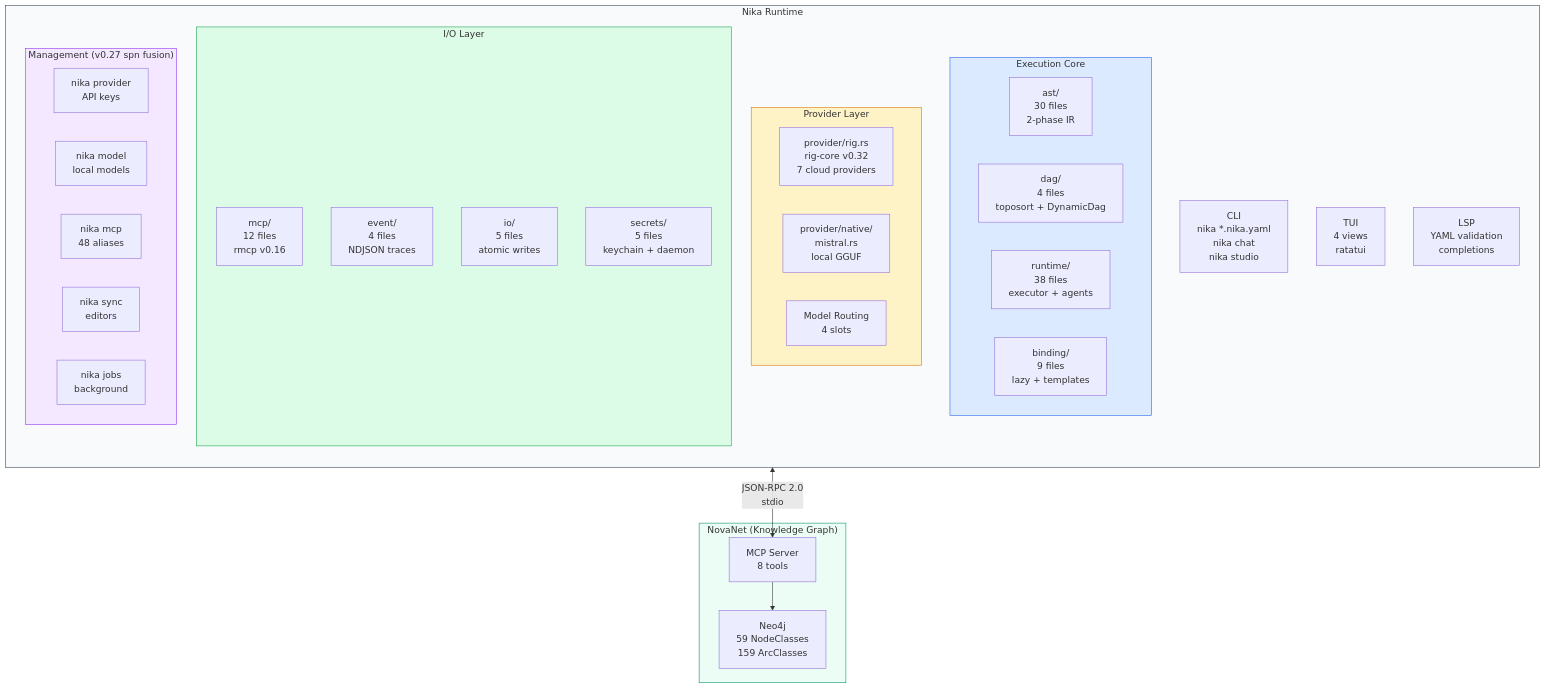
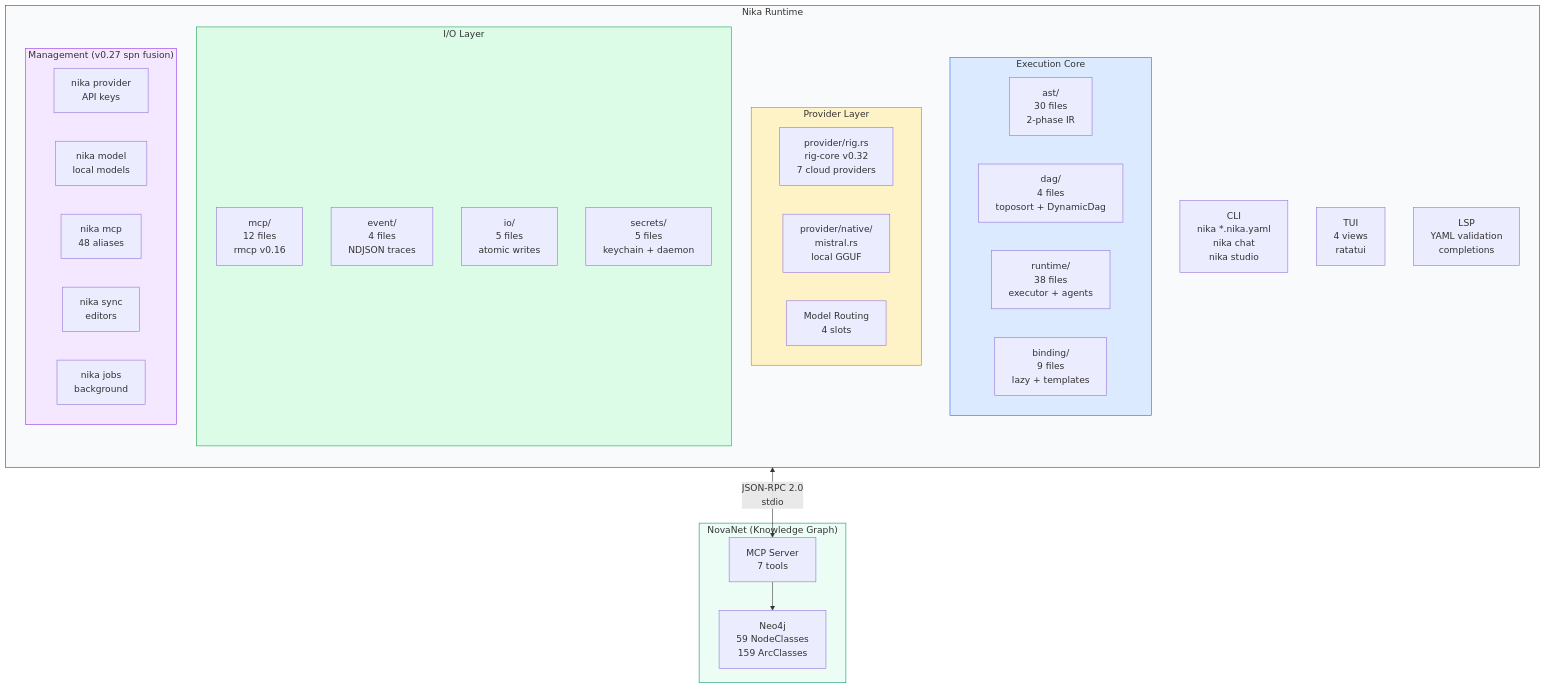
One commit to supernovae-st/nika changed the second of 23 diagrams in docs/vision/11-nika-030-technical-reference.md. Above: the diagram before and after it, drawn with Mermaid. The commit also changed other lines of this file and 6 other files, not shown here.

````diff
--- a/docs/vision/11-nika-030-technical-reference.md
+++ b/docs/vision/11-nika-030-technical-reference.md
@@ -68,52 +68,52 @@
 ```mermaid
 flowchart TB
     subgraph NIKA["Nika Runtime"]
         direction TB
         CLI["CLI\nnika *.nika.yaml\nnika chat\nnika studio"]
         TUI["TUI\n4 views\nratatui"]
         LSP_MOD["LSP\nYAML validation\ncompletions"]
 
         subgraph CORE_EXEC["Execution Core"]
             AST_MOD["ast/\n30 files\n2-phase IR"]
             DAG_MOD["dag/\n4 files\ntoposort + DynamicDag"]
             RUNTIME["runtime/\n38 files\nexecutor + agents"]
             BINDING["binding/\n9 files\nlazy + templates"]
         end
 
         subgraph PROVIDERS["Provider Layer"]
             RIG["provider/rig.rs\nrig-core v0.32\n7 cloud providers"]
             NATIVE["provider/native/\nmistral.rs\nlocal GGUF"]
             SLOTS["Model Routing\n4 slots"]
         end
 
         subgraph IO_LAYER["I/O Layer"]
             MCP_CLIENT["mcp/\n12 files\nrmcp v0.16"]
             EVENT["event/\n4 files\nNDJSON traces"]
             ARTIFACT["io/\n5 files\natomic writes"]
             SECRETS["secrets/\n5 files\nkeychain + daemon"]
         end
 
         subgraph MGMT["Management (v0.27 spn fusion)"]
             PROV_CMD["nika provider\nAPI keys"]
             MODEL_CMD["nika model\nlocal models"]
             MCP_CMD["nika mcp\n48 aliases"]
             SYNC_CMD["nika sync\neditors"]
             JOBS_CMD["nika jobs\nbackground"]
         end
     end
 
     subgraph NOVANET["NovaNet (Knowledge Graph)"]
         NEO4J["Neo4j\n59 NodeClasses\n159 ArcClasses"]
-        MCP_SRV["MCP Server\n8 tools"]
+        MCP_SRV["MCP Server\n7 tools"]
     end
 
     MCP_CLIENT <-->|"JSON-RPC 2.0\nstdio"| MCP_SRV
     MCP_SRV --> NEO4J
 
     style NIKA fill:#f8fafc,stroke:#334155
     style CORE_EXEC fill:#dbeafe,stroke:#2563eb
     style PROVIDERS fill:#fef3c7,stroke:#d97706
     style IO_LAYER fill:#dcfce7,stroke:#16a34a
     style MGMT fill:#f3e8ff,stroke:#9333ea
     style NOVANET fill:#ecfdf5,stroke:#059669
 ```
````
